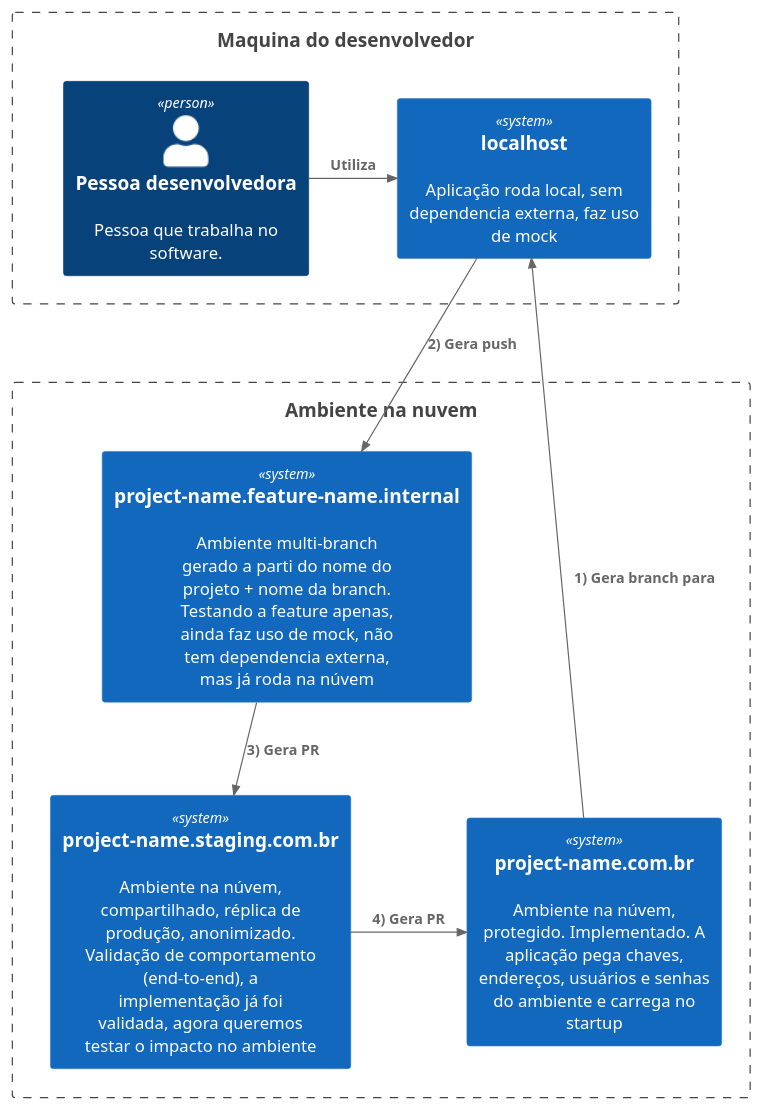
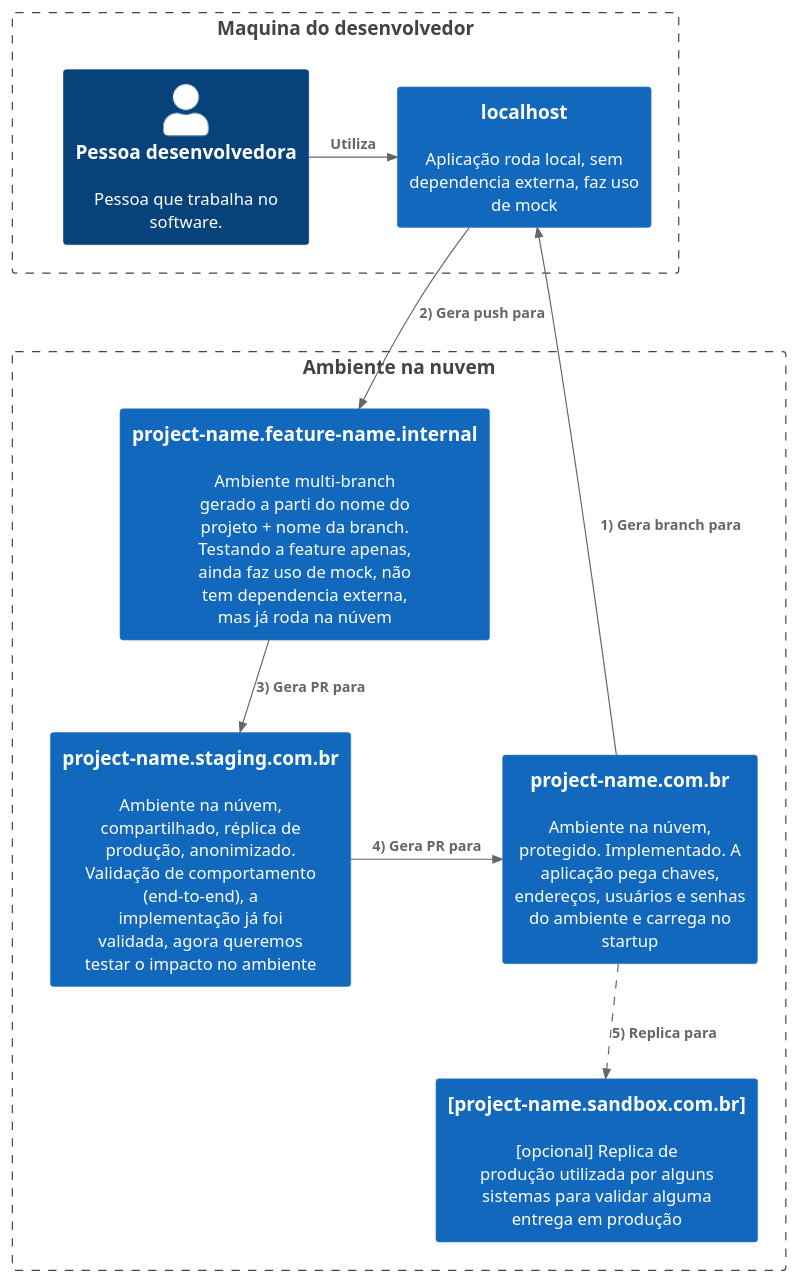
The diagram in src/context.puml (rcelebrone/Git-Branch-Based-Environment-Model), drawn with PlantUML before and after one commit.

Commit message:
incluindo sandbox

```diff
--- a/src/context.puml
+++ b/src/context.puml
@@ -1,22 +1,30 @@
 @startuml overview
-!include https://raw.githubusercontent.com/adrianvlupu/C4-PlantUML/latest/C4_Context.puml
+!include https://raw.githubusercontent.com/plantuml-stdlib/C4-PlantUML/master/C4_Context.puml
+
+HIDE_STEREOTYPE()
 
 Boundary(local, "Maquina do desenvolvedor") {
     Person(developer, "Pessoa desenvolvedora", "Pessoa que trabalha no software.")
     System(dev, "localhost", "Aplicação roda local, sem dependencia externa, faz uso de mock")
 }
 
 Boundary(cloud, "Ambiente na nuvem") {
     System(feat, "project-name.feature-name.internal", "Ambiente multi-branch gerado a parti do nome do projeto + nome da branch. Testando a feature apenas, ainda faz uso de mock, não tem dependencia externa, mas já roda na núvem")
     System(stg, "project-name.staging.com.br", "Ambiente na núvem, compartilhado, réplica de produção, anonimizado. Validação de comportamento (end-to-end), a implementação já foi validada, agora queremos testar o impacto no ambiente")
     System(prd, "project-name.com.br", "Ambiente na núvem, protegido. Implementado. A aplicação pega chaves, endereços, usuários e senhas do ambiente e carrega no startup")
+    System(sbx, "[project-name.sandbox.com.br]", "[opcional] Replica de produção utilizada por alguns sistemas para validar alguma entrega em produção")
 }
 
 Lay_L(cloud, local)
 
+AddElementTag("opcional")
+
+AddRelTag("opcional", $lineStyle = DashedLine())
+
 Rel_R(developer, dev, "Utiliza")
 Rel_U(prd, dev, "1) Gera branch para")
-Rel(dev, feat, "2) Gera push")
-Rel(feat, stg, "3) Gera PR")
-Rel_R(stg, prd, "4) Gera PR")
+Rel(dev, feat, "2) Gera push para")
+Rel(feat, stg, "3) Gera PR para")
+Rel_R(stg, prd, "4) Gera PR para")
+Rel_D(prd, sbx, "5) Replica para", $tags="opcional")
 @enduml
```
